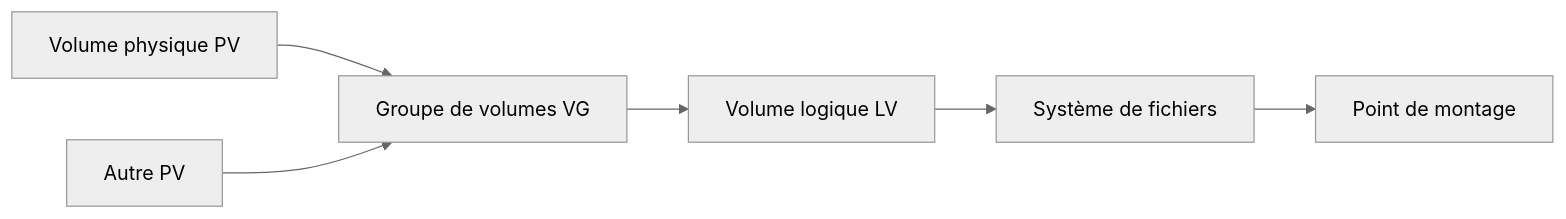
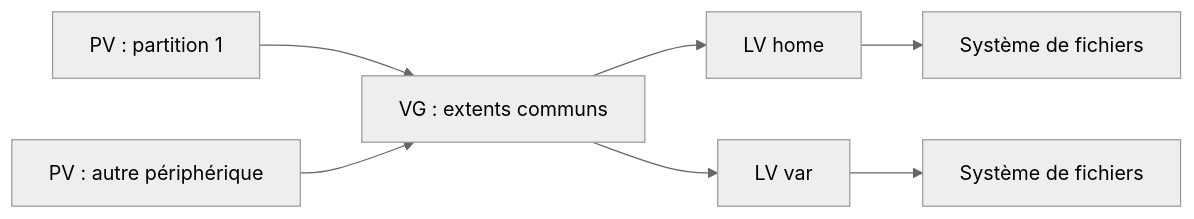
One commit to sk34pk25/tssr-cours changed the diagram in docs/modules/05-administration-debian-gnu-linux/module-08-gestion-des-espaces-de-stockage-avancee-lvm.md. Above: the diagram before and after it, drawn with Mermaid (neutral theme). The commit also changed other lines of this file and 864 other files, not shown here.

````diff
--- a/docs/modules/05-administration-debian-gnu-linux/module-08-gestion-des-espaces-de-stockage-avancee-lvm.md
+++ b/docs/modules/05-administration-debian-gnu-linux/module-08-gestion-des-espaces-de-stockage-avancee-lvm.md
@@ -48,6 +70,7 @@
 ```mermaid
 flowchart LR
- A["Volume physique PV"] --> G["Groupe de volumes VG"]
- B["Autre PV"] --> G
- G --> L["Volume logique LV"] --> F["Système de fichiers"] --> M["Point de montage"]
+ P1["PV : partition 1"] --> V["VG : extents communs"]
+ P2["PV : autre périphérique"] --> V
+ V --> L1["LV home"] --> F1["Système de fichiers"]
+ V --> L2["LV var"] --> F2["Système de fichiers"]
 ```
````
